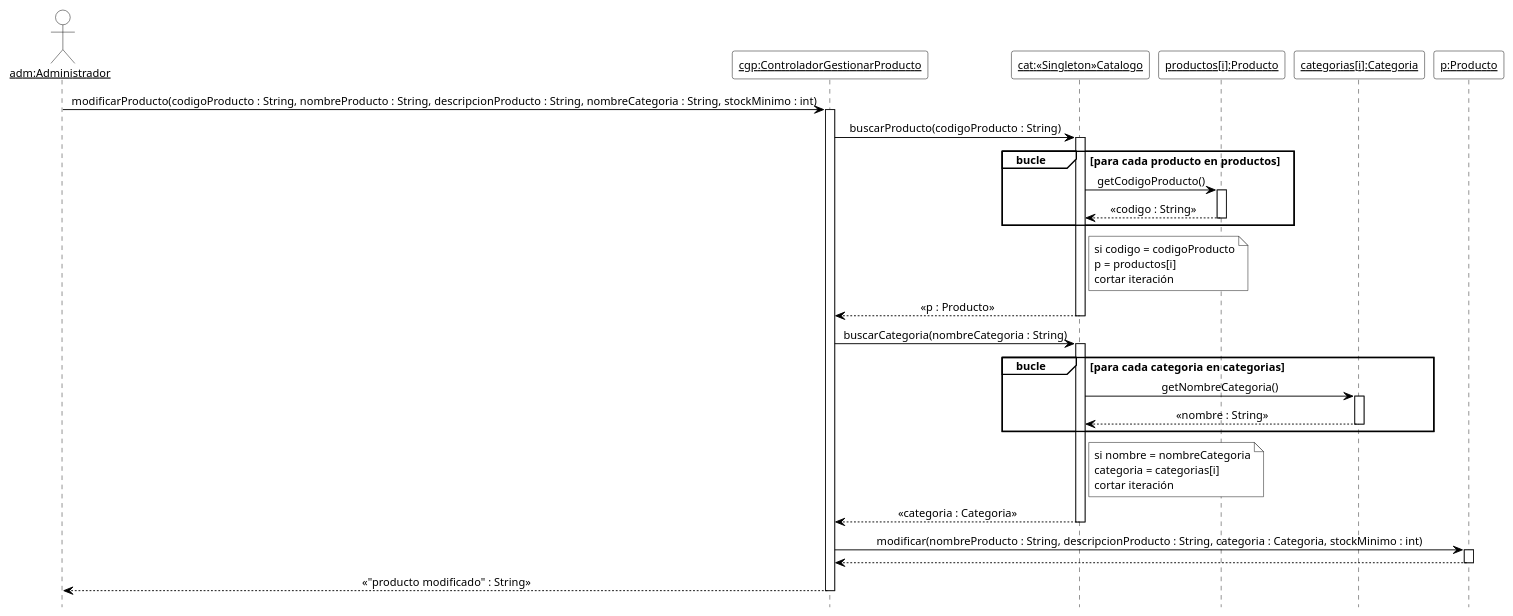
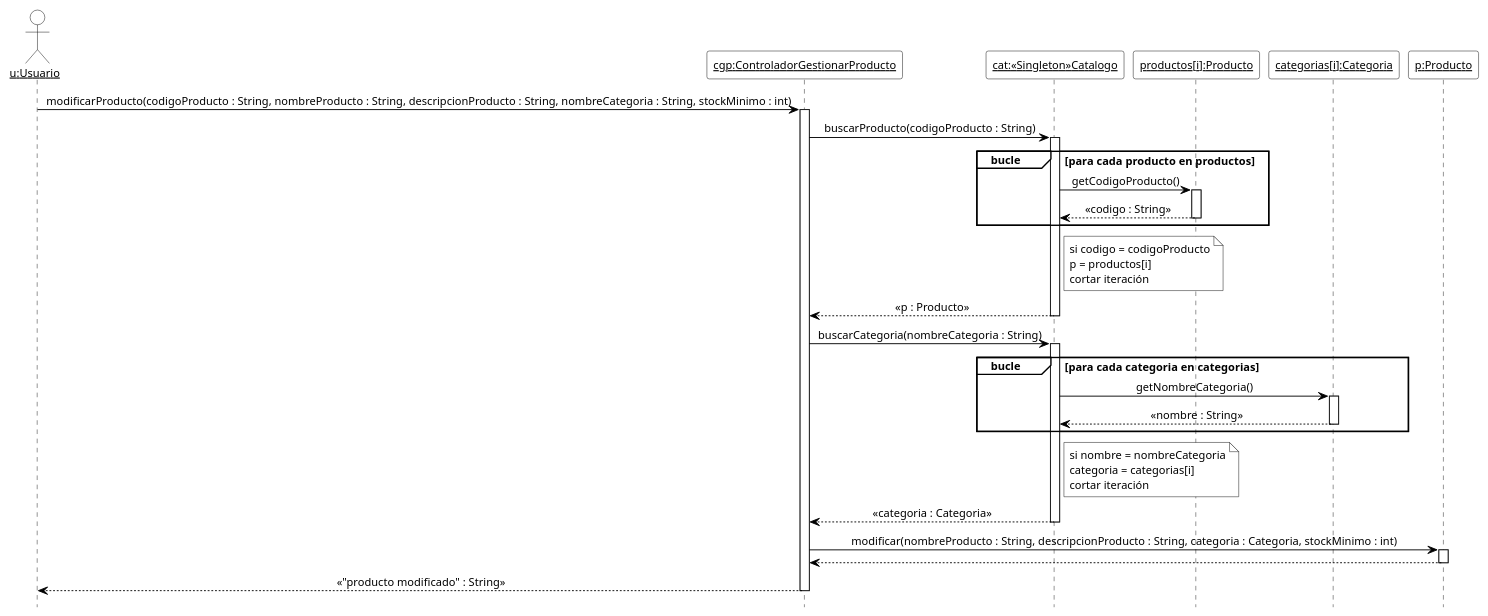
One commit to cirotop/Stock-Project changed the eighth of 18 diagrams in 08-Diagrama De Secuencia/Diagramas_de_Secuencia.md. Above: the diagram before and after it, drawn with PlantUML. The commit also changed other lines of this file and 36 other files, not shown here.

````diff
--- a/08-Diagrama De Secuencia/Diagramas_de_Secuencia.md
+++ b/08-Diagrama De Secuencia/Diagramas_de_Secuencia.md
@@ -521,60 +521,60 @@
 ```plantuml
 @startuml DSD_CU-04_modificarProducto
 ' Diagrama de Secuencia de Diseño (DSD) - CU-04 Gestionar producto - modificarProducto
 ' Estilo de los ejemplos de la teoría (introducirArticulo / crearNuevaVenta).
 hide footbox
 skinparam shadowing false
 skinparam defaultFontName Arial
 skinparam defaultFontSize 12
 skinparam sequenceMessageAlign center
 skinparam ArrowColor black
 skinparam ParticipantBackgroundColor white
 skinparam ParticipantBorderColor black
 skinparam CollectionsBackgroundColor white
 skinparam CollectionsBorderColor black
 skinparam ActorBackgroundColor white
 skinparam ActorBorderColor black
 skinparam LifeLineBorderColor black
 skinparam LifeLineBackgroundColor white
 skinparam SequenceGroupBackgroundColor white
 skinparam SequenceGroupBorderColor black
 skinparam SequenceGroupHeaderFontColor black
 skinparam NoteBackgroundColor white
 skinparam NoteBorderColor black
 
-actor "<u>adm:Administrador</u>" as adm
+actor "<u>u:Usuario</u>" as u
 participant "<u>cgp:ControladorGestionarProducto</u>" as cgp
 participant "<u>cat:«Singleton»Catalogo</u>" as cat
 participant "<u>productos[i]:Producto</u>" as pi
 participant "<u>categorias[i]:Categoria</u>" as ki
 participant "<u>p:Producto</u>" as p
 
-adm -> cgp ++ : modificarProducto(codigoProducto : String, nombreProducto : String, descripcionProducto : String, nombreCategoria : String, stockMinimo : int)
+u -> cgp ++ : modificarProducto(codigoProducto : String, nombreProducto : String, descripcionProducto : String, nombreCategoria : String, stockMinimo : int)
 cgp -> cat ++ : buscarProducto(codigoProducto : String)
 group bucle [para cada producto en productos]
   cat -> pi ++ : getCodigoProducto()
   pi --> cat -- : «codigo : String»
 end
 note right of cat
   si codigo = codigoProducto
   p = productos[i]
   cortar iteración
 end note
 cat --> cgp -- : «p : Producto»
 cgp -> cat ++ : buscarCategoria(nombreCategoria : String)
 group bucle [para cada categoria en categorias]
   cat -> ki ++ : getNombreCategoria()
   ki --> cat -- : «nombre : String»
 end
 note right of cat
   si nombre = nombreCategoria
   categoria = categorias[i]
   cortar iteración
 end note
 cat --> cgp -- : «categoria : Categoria»
 cgp -> p ++ : modificar(nombreProducto : String, descripcionProducto : String, categoria : Categoria, stockMinimo : int)
 p --> cgp --
-cgp --> adm -- : «"producto modificado" : String»
+cgp --> u -- : «"producto modificado" : String»
 
 @enduml
 ```
````
